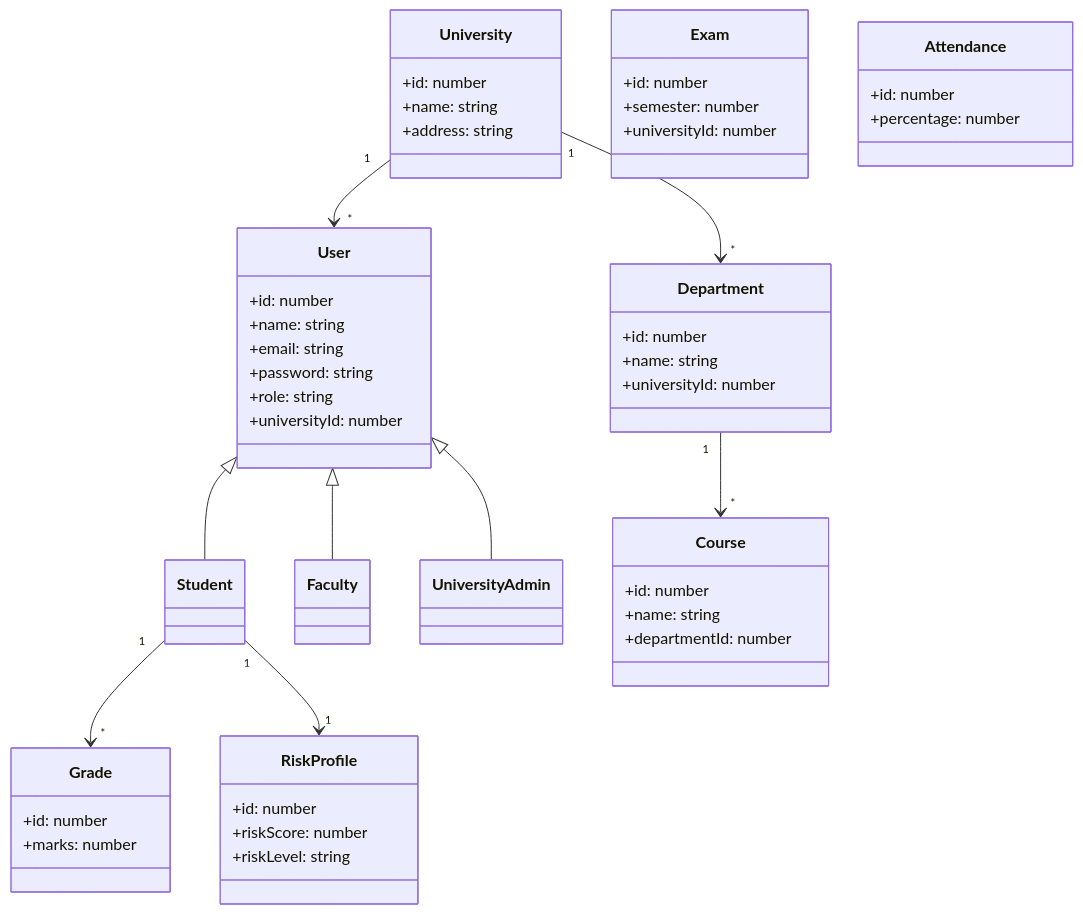
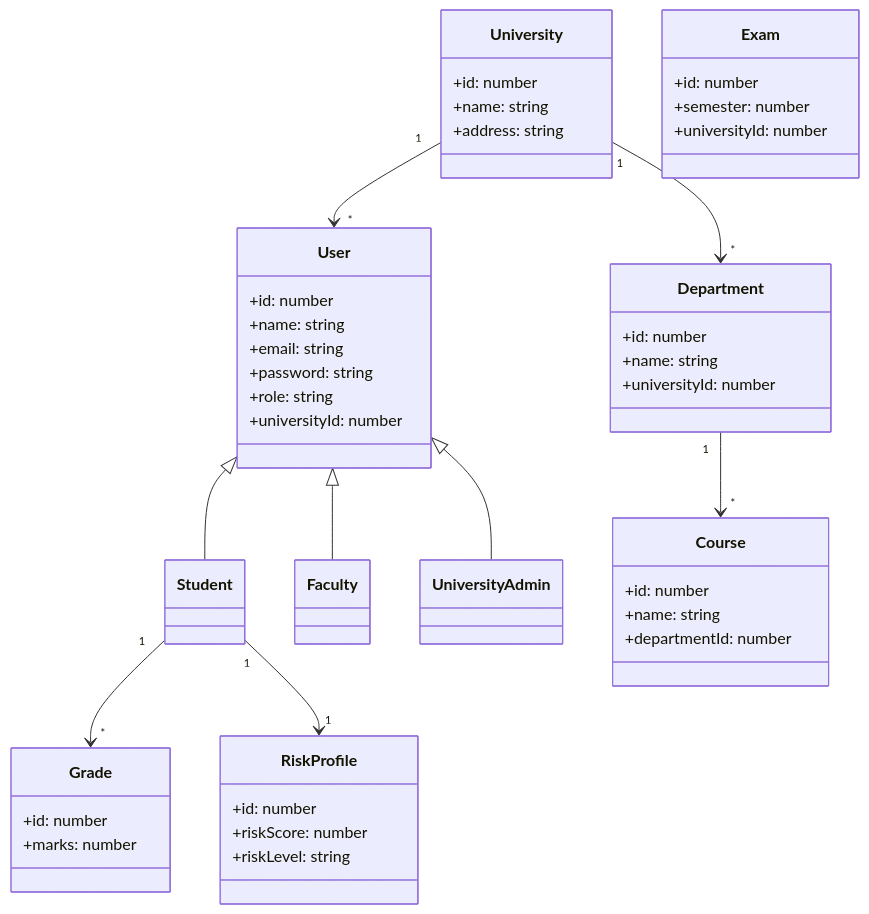
One commit to wiz-AR-d/UniMetrics changed the diagram in classDiagram.md. Above: the diagram before and after it, drawn with Mermaid. The commit also changed 2 other files, not shown here.

Commit message:
docs: Synchronize idea and UML diagrams with final implementation

````diff
--- a/classDiagram.md
+++ b/classDiagram.md
@@ -3,66 +3,63 @@
 ```mermaid
 classDiagram
 
 class University {
   +id: number
   +name: string
   +address: string
 }
 
 class User {
   +id: number
   +name: string
   +email: string
   +password: string
   +role: string
   +universityId: number
 }
 
 class Student
 class Faculty
 class UniversityAdmin
 
 User <|-- Student
 User <|-- Faculty
 User <|-- UniversityAdmin
 
 class Department {
   +id: number
   +name: string
   +universityId: number
 }
 
 class Course {
   +id: number
   +name: string
   +departmentId: number
 }
 
 class Exam {
   +id: number
   +semester: number
   +universityId: number
 }
 
 class Grade {
   +id: number
   +marks: number
 }
 
-class Attendance {
-  +id: number
-  +percentage: number
-}
+
 
 class RiskProfile {
   +id: number
   +riskScore: number
   +riskLevel: string
 }
 
 University "1" --> "*" Department
 University "1" --> "*" User
 Department "1" --> "*" Course
 Student "1" --> "*" Grade
 Student "1" --> "1" RiskProfile
 ```
````
